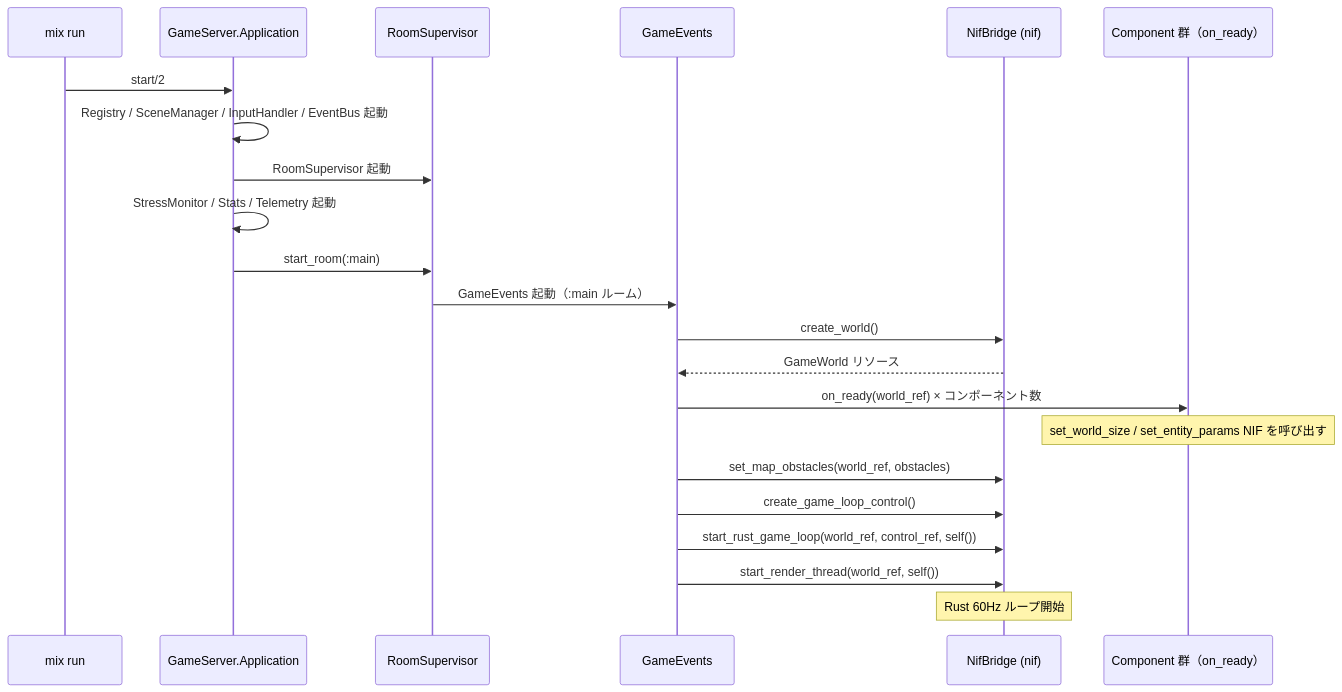
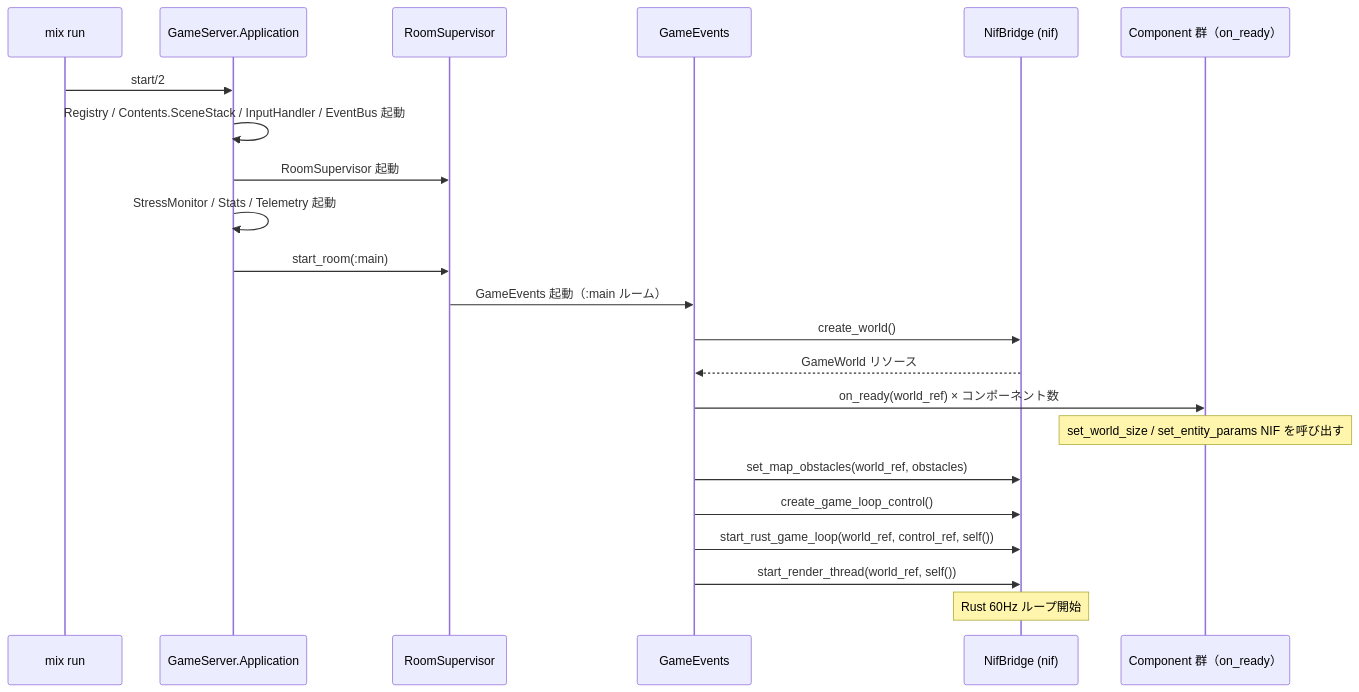
One commit to FRICK-ELDY/alchemy-engine changed the first of 12 diagrams in docs/data-flow.md. Above: the diagram before and after it, drawn with Mermaid. The commit also changed other lines of this file and 12 other files, not shown here.

Commit message:
Complete scene management migration to contents layer

````diff
--- a/docs/data-flow.md
+++ b/docs/data-flow.md
@@ -11,25 +11,25 @@
 ```mermaid
 sequenceDiagram
     participant MX as mix run
     participant APP as GameServer.Application
     participant RS as RoomSupervisor
     participant GEV as GameEvents
     participant NIF as NifBridge (nif)
     participant COMP as Component 群（on_ready）
 
     MX->>APP: start/2
-    APP->>APP: Registry / SceneManager / InputHandler / EventBus 起動
+    APP->>APP: Registry / Contents.SceneStack / InputHandler / EventBus 起動
     APP->>RS: RoomSupervisor 起動
     APP->>APP: StressMonitor / Stats / Telemetry 起動
     APP->>RS: start_room(:main)
     RS->>GEV: GameEvents 起動（:main ルーム）
     GEV->>NIF: create_world()
     NIF-->>GEV: GameWorld リソース
     GEV->>COMP: on_ready(world_ref) × コンポーネント数
     Note over COMP: set_world_size / set_entity_params NIF を呼び出す
     GEV->>NIF: set_map_obstacles(world_ref, obstacles)
     GEV->>NIF: create_game_loop_control()
     GEV->>NIF: start_rust_game_loop(world_ref, control_ref, self())
     GEV->>NIF: start_render_thread(world_ref, self())
     Note over NIF: Rust 60Hz ループ開始
 ```
````
